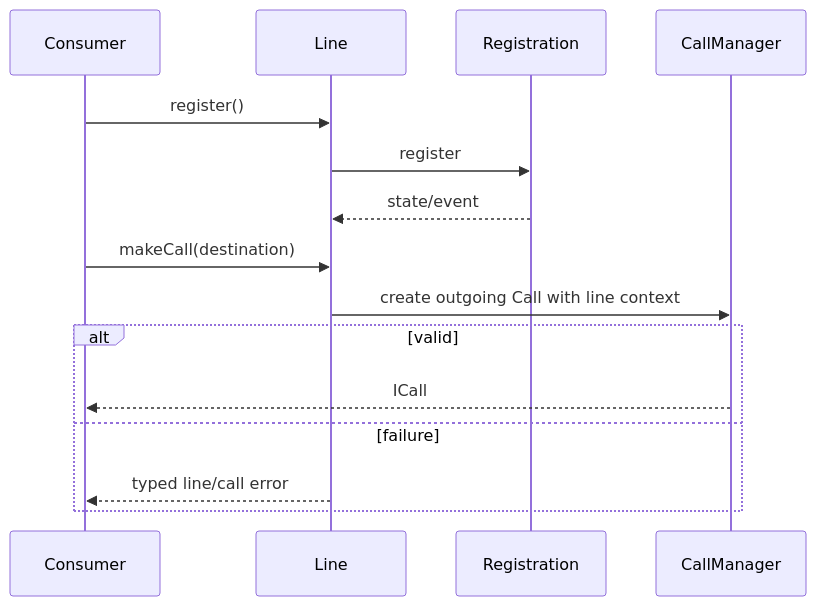
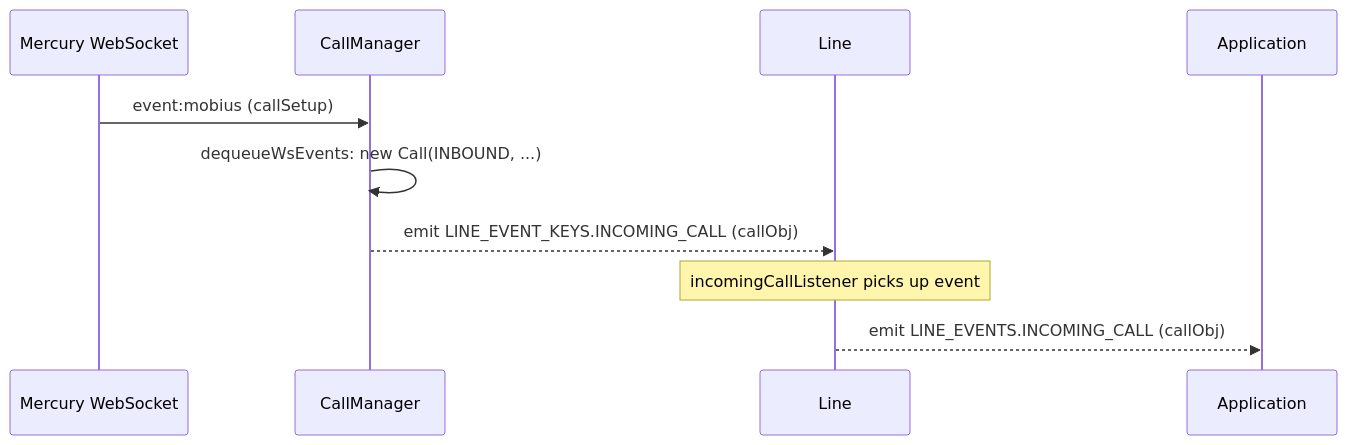
One commit to webex/webex-js-sdk changed the third of 8 diagrams in packages/calling/src/CallingClient/line/ai-docs/line-spec.md. Above: the diagram before and after it, drawn with Mermaid. The commit also changed other lines of this file and 59 other files, not shown here.

````diff
--- a/packages/calling/src/CallingClient/line/ai-docs/line-spec.md
+++ b/packages/calling/src/CallingClient/line/ai-docs/line-spec.md
@@ -77,17 +350,13 @@
 ```mermaid
 sequenceDiagram
- participant C as Consumer
- participant L as Line
- participant R as Registration
- participant M as CallManager
- C->>L: register()
- L->>R: register
- R-->>L: state/event
- C->>L: makeCall(destination)
- L->>M: create outgoing Call with line context
- alt valid
-  M-->>C: ICall
- else failure
-  L-->>C: typed line/call error
- end
+  participant Mercury as Mercury WebSocket
+  participant CM as CallManager
+  participant Line as Line
+  participant App as Application
+
+  Mercury->>CM: event:mobius (callSetup)
+  CM->>CM: dequeueWsEvents: new Call(INBOUND, ...)
+  CM-->>Line: emit LINE_EVENT_KEYS.INCOMING_CALL (callObj)
+  Note over Line: incomingCallListener picks up event
+  Line-->>App: emit LINE_EVENTS.INCOMING_CALL (callObj)
 ```
````
